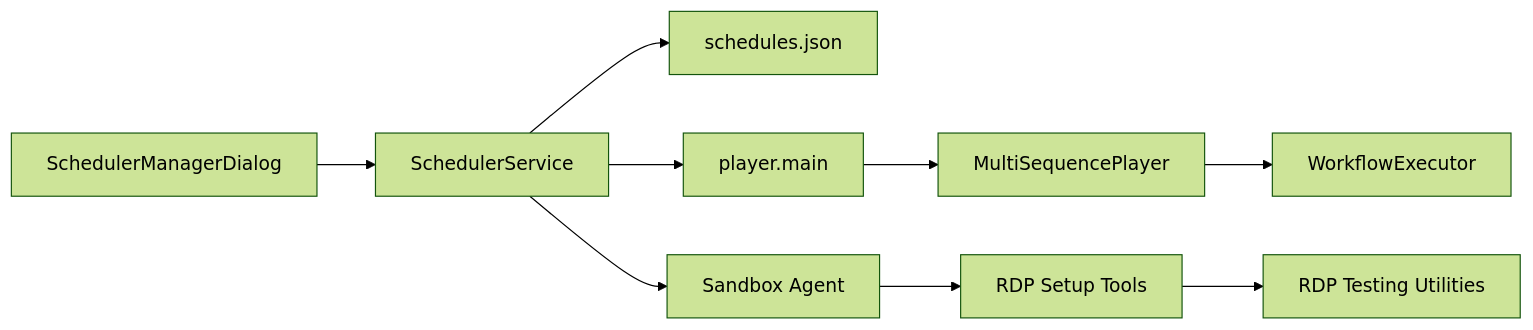
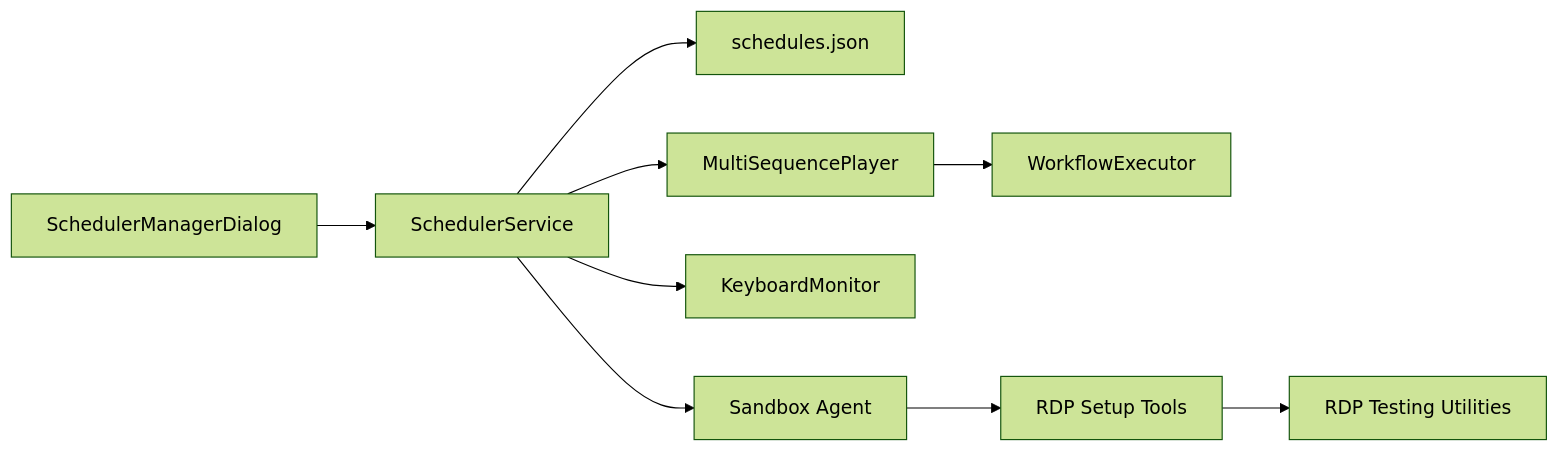
The fifth of 5 diagrams in .qoder/repowiki/en/content/Scheduler Service.md (RodrigoBenitez343/Arrow), drawn with Mermaid (forest theme) before and after one commit. The commit also changed other lines of this file and 53 other files, not shown here.

````diff
--- a/.qoder/repowiki/en/content/Scheduler Service.md
+++ b/.qoder/repowiki/en/content/Scheduler Service.md
@@ -437,11 +434,11 @@
 ```mermaid
 graph LR
 SD["SchedulerService"] --> FS["schedules.json"]
-SD --> PM["player.main"]
+SD --> MSP["MultiSequencePlayer"]
+SD --> KBMON["KeyboardMonitor"]
 SD --> SANDBOX["Sandbox Agent"]
-PM --> MSP["MultiSequencePlayer"]
 MSP --> WEX["WorkflowExecutor"]
 UI["SchedulerManagerDialog"] --> SD
 SANDBOX --> SETUP["RDP Setup Tools"]
 SETUP --> TEST["RDP Testing Utilities"]
 ```
````
